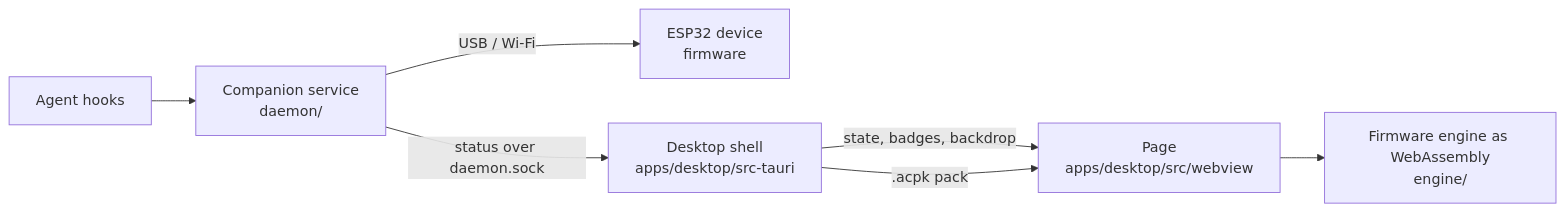
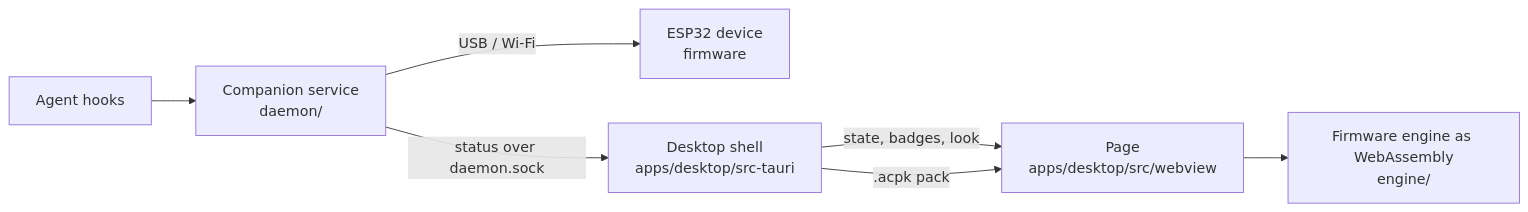
One commit to DanWahlin/agent-buddy changed the diagram in desktop/README.md. Above: the diagram before and after it, drawn with Mermaid. The commit also changed other lines of this file and 10 other files, not shown here.

````diff
--- a/desktop/README.md
+++ b/desktop/README.md
@@ -8,9 +8,9 @@
 ```mermaid
 flowchart LR
   hooks[Agent hooks] --> daemon[Companion service<br/>daemon/]
   daemon -- USB / Wi-Fi --> device[ESP32 device<br/>firmware]
   daemon -- status over daemon.sock --> shell[Desktop shell<br/>apps/desktop/src-tauri]
-  shell -- state, badges, backdrop --> page[Page<br/>apps/desktop/src/webview]
+  shell -- state, badges, look --> page[Page<br/>apps/desktop/src/webview]
   shell -- .acpk pack --> page
   page --> engine[Firmware engine as WebAssembly<br/>engine/]
 ```
````
